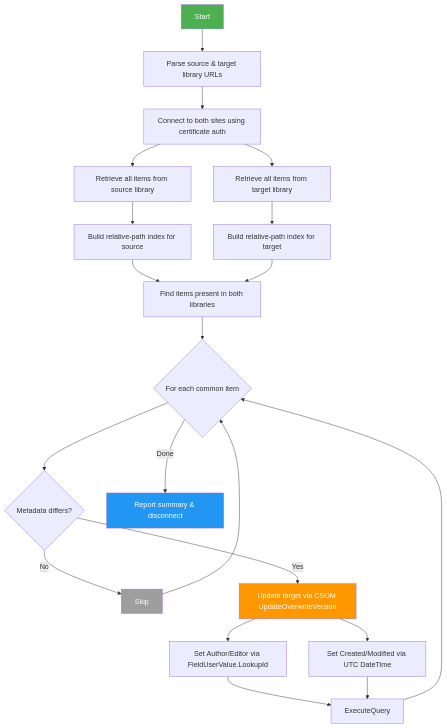
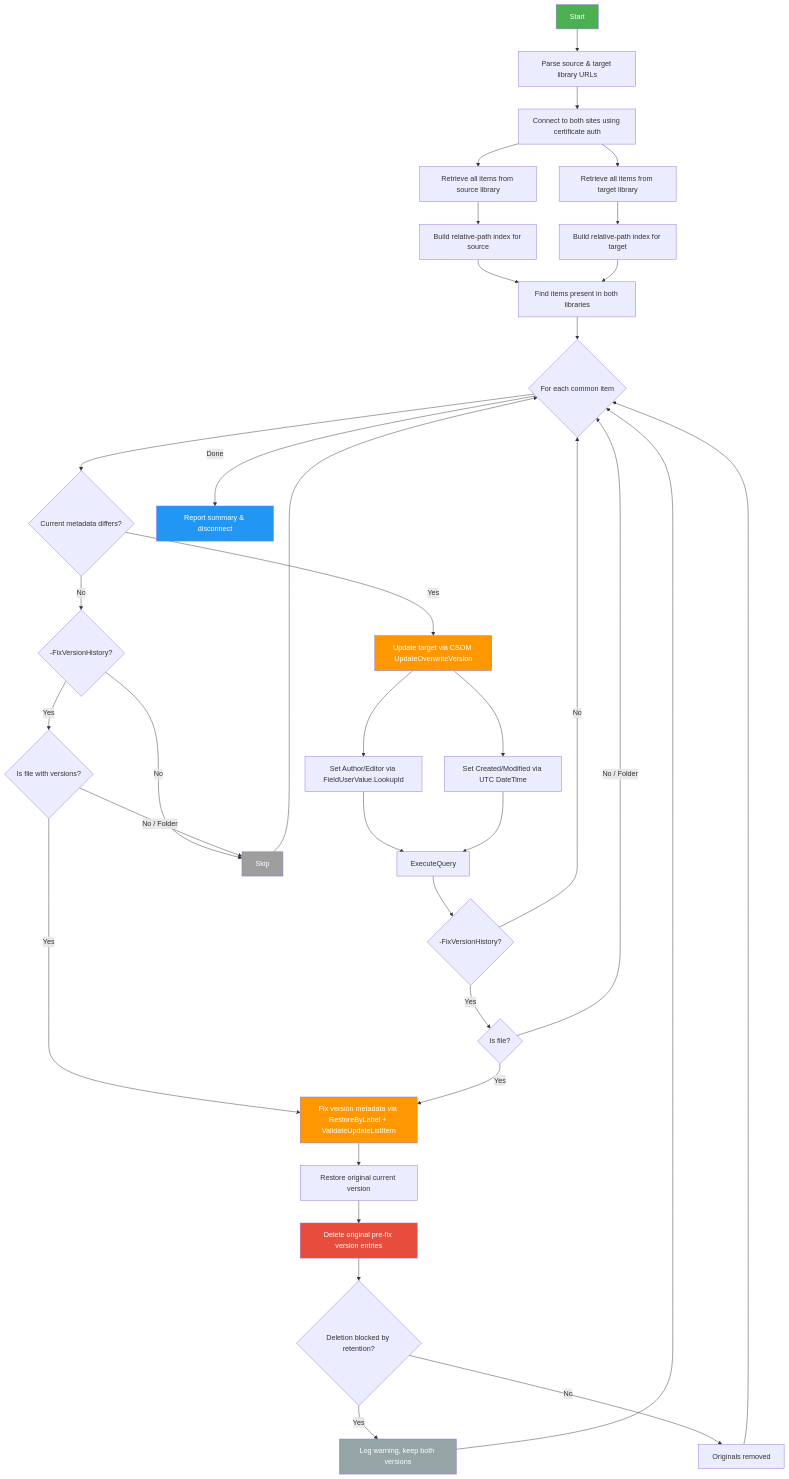
The diagram in SpOtoSpO/README.md (jflieben/assortedFunctionsV2), drawn with Mermaid before and after one commit. The commit also changed other lines of this file and 1 other file, not shown here.

Commit message:
include version history when syncing metadata

````diff
--- a/SpOtoSpO/README.md
+++ b/SpOtoSpO/README.md
@@ -11,27 +11,45 @@
 ```mermaid
 flowchart TD
     A[Start] --> B[Parse source & target library URLs]
     B --> C[Connect to both sites using certificate auth]
     C --> D[Retrieve all items from source library]
     C --> E[Retrieve all items from target library]
     D --> F[Build relative-path index for source]
     E --> G[Build relative-path index for target]
     F --> H[Find items present in both libraries]
     G --> H
     H --> I{For each common item}
-    I --> J{Metadata differs?}
-    J -- No --> K[Skip]
+    I --> J{Current metadata differs?}
+    J -- No --> FV{-FixVersionHistory?}
     J -- Yes --> L[Update target via CSOM UpdateOverwriteVersion]
     L --> M[Set Author/Editor via FieldUserValue.LookupId]
     L --> N[Set Created/Modified via UTC DateTime]
     M --> O[ExecuteQuery]
     N --> O
-    O --> I
+    O --> FV2{-FixVersionHistory?}
+    FV -- No --> K[Skip]
+    FV -- Yes --> V{Is file with versions?}
+    FV2 -- No --> I
+    FV2 -- Yes --> V2{Is file?}
+    V -- No / Folder --> K
+    V -- Yes --> Q[Fix version metadata via RestoreByLabel + ValidateUpdateListItem]
+    V2 -- No / Folder --> I
+    V2 -- Yes --> Q
+    Q --> R[Restore original current version]
+    R --> S[Delete original pre-fix version entries]
+    S --> T{Deletion blocked by retention?}
+    T -- Yes --> U[Log warning, keep both versions]
+    T -- No --> W[Originals removed]
+    W --> I
+    U --> I
     K --> I
     I -- Done --> P[Report summary & disconnect]
 
     style A fill:#4CAF50,color:#fff
     style P fill:#2196F3,color:#fff
     style K fill:#9E9E9E,color:#fff
     style L fill:#FF9800,color:#fff
+    style Q fill:#FF9800,color:#fff
+    style S fill:#e74c3c,color:#fff
+    style U fill:#95a5a6,color:#fff
 ```
````
